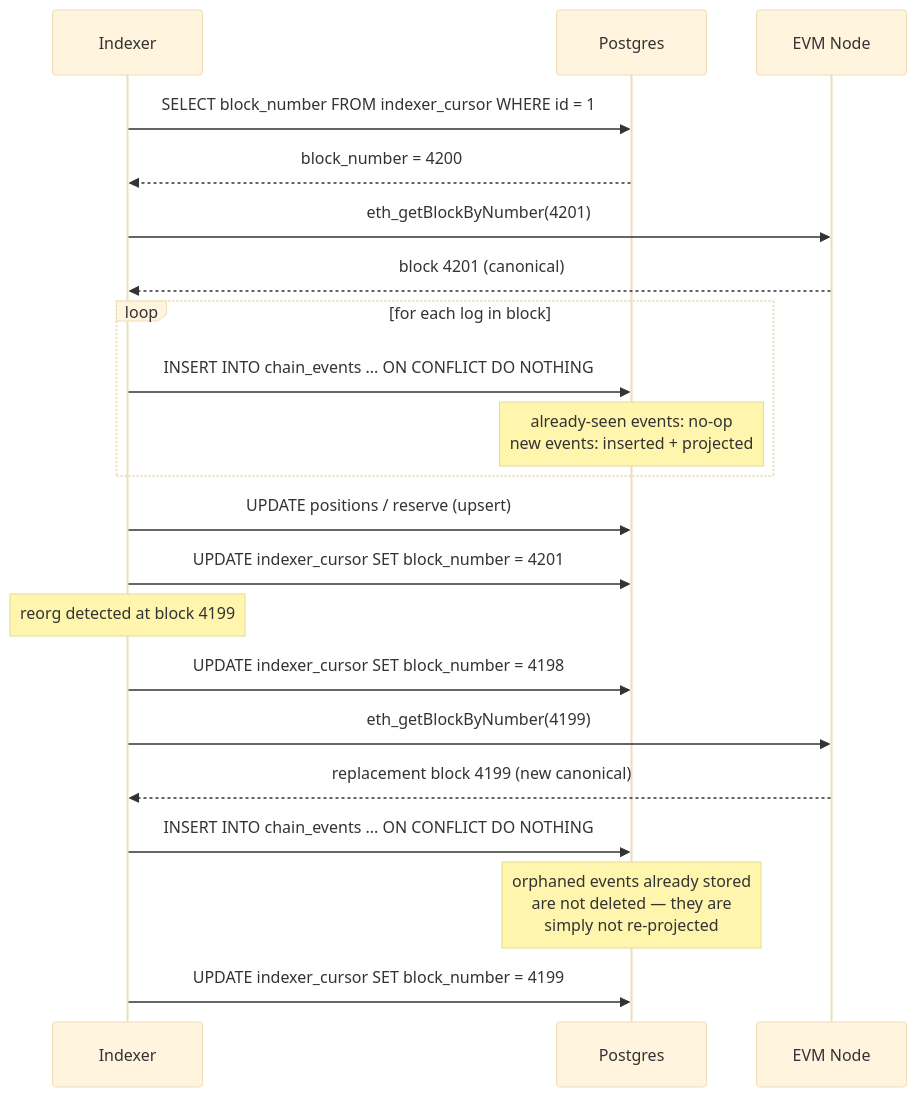
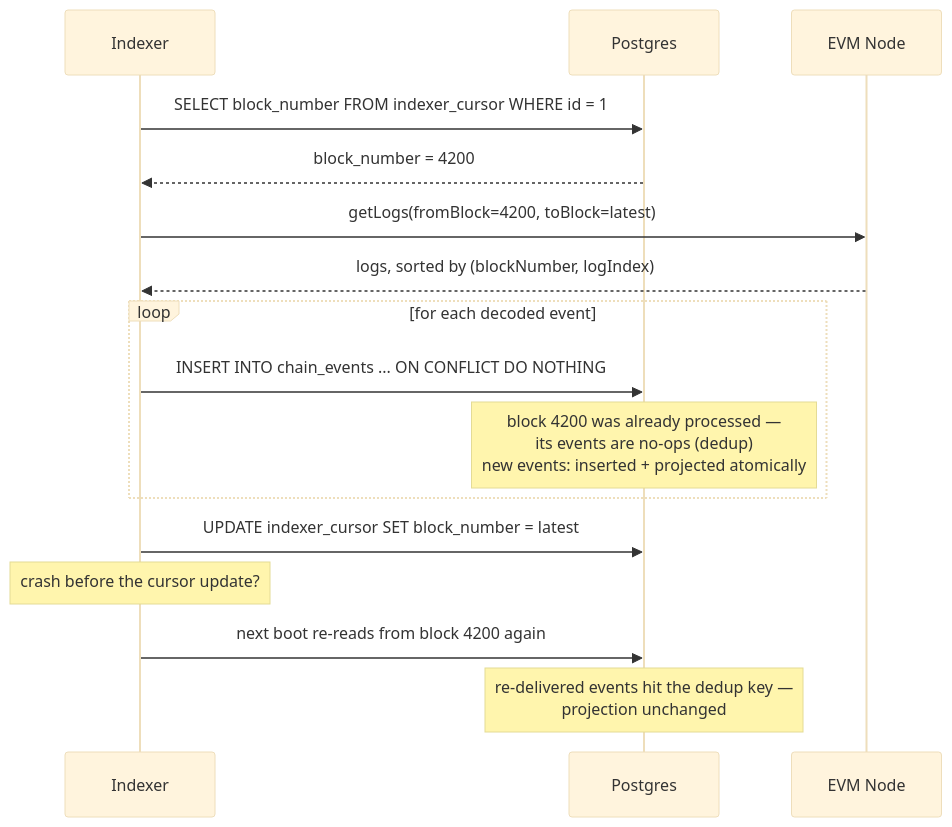
Diagram 12 of 13 in docs/architecture/DESIGN.md (xbt-a4224j/permissioned-credit-ledger), drawn with Mermaid (base theme) before and after one commit. The commit also changed other lines of this file, not shown here.

First line of the commit message:
docs: fix invented wiring claims in DESIGN.md — match the code, not the intent

````diff
--- a/docs/architecture/DESIGN.md
+++ b/docs/architecture/DESIGN.md
@@ -801,28 +800,23 @@
 ```mermaid
 sequenceDiagram
     participant I as Indexer
     participant DB as Postgres
     participant N as EVM Node
 
     I->>DB: SELECT block_number FROM indexer_cursor WHERE id = 1
     DB-->>I: block_number = 4200
 
-    I->>N: eth_getBlockByNumber(4201)
-    N-->>I: block 4201 (canonical)
+    I->>N: getLogs(fromBlock=4200, toBlock=latest)
+    N-->>I: logs, sorted by (blockNumber, logIndex)
 
-    loop for each log in block
+    loop for each decoded event
         I->>DB: INSERT INTO chain_events ... ON CONFLICT DO NOTHING
-        note over DB: already-seen events: no-op<br/>new events: inserted + projected
+        note over DB: block 4200 was already processed —<br/>its events are no-ops (dedup)<br/>new events: inserted + projected atomically
     end
 
-    I->>DB: UPDATE positions / reserve (upsert)
-    I->>DB: UPDATE indexer_cursor SET block_number = 4201
+    I->>DB: UPDATE indexer_cursor SET block_number = latest
 
-    note over I: reorg detected at block 4199
-    I->>DB: UPDATE indexer_cursor SET block_number = 4198
-    I->>N: eth_getBlockByNumber(4199)
-    N-->>I: replacement block 4199 (new canonical)
-    I->>DB: INSERT INTO chain_events ... ON CONFLICT DO NOTHING
-    note over DB: orphaned events already stored<br/>are not deleted — they are<br/>simply not re-projected
-    I->>DB: UPDATE indexer_cursor SET block_number = 4199
+    note over I: crash before the cursor update?
+    I->>DB: next boot re-reads from block 4200 again
+    note over DB: re-delivered events hit the dedup key —<br/>projection unchanged
 ```
````
